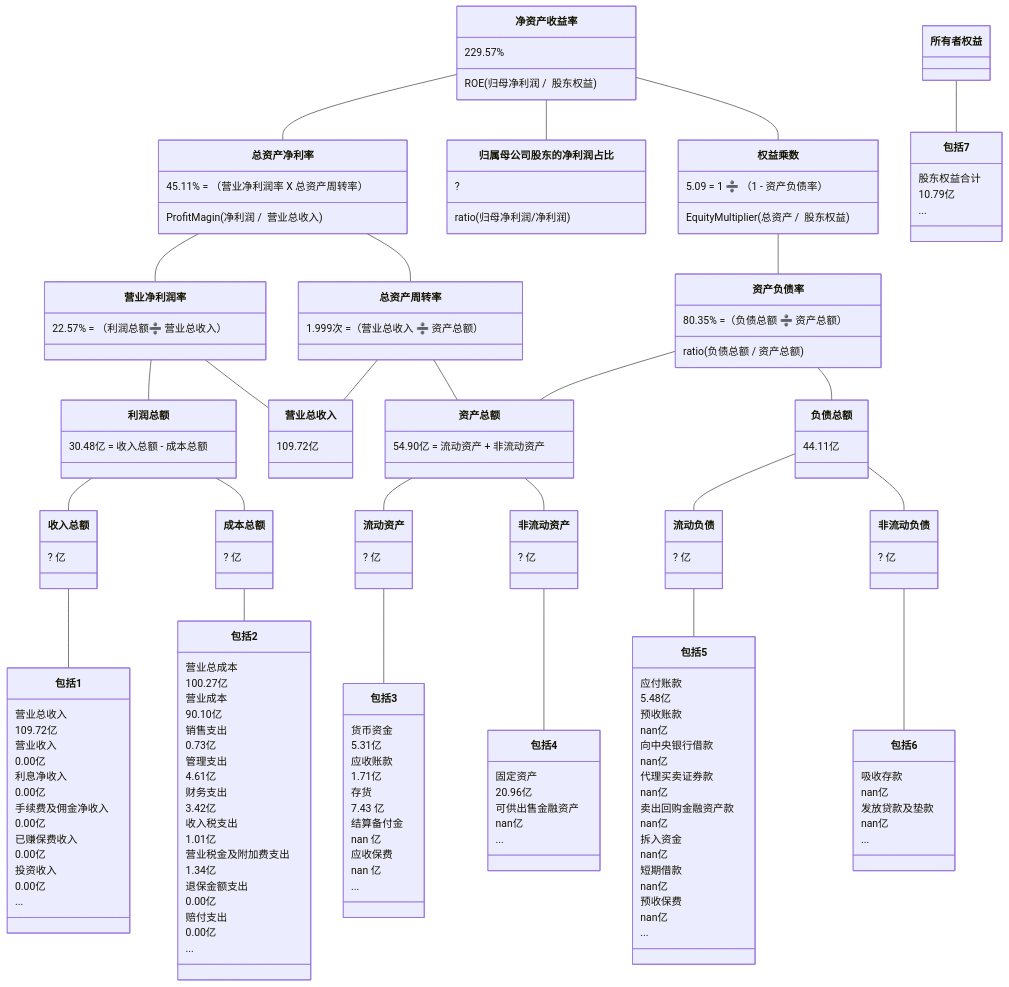
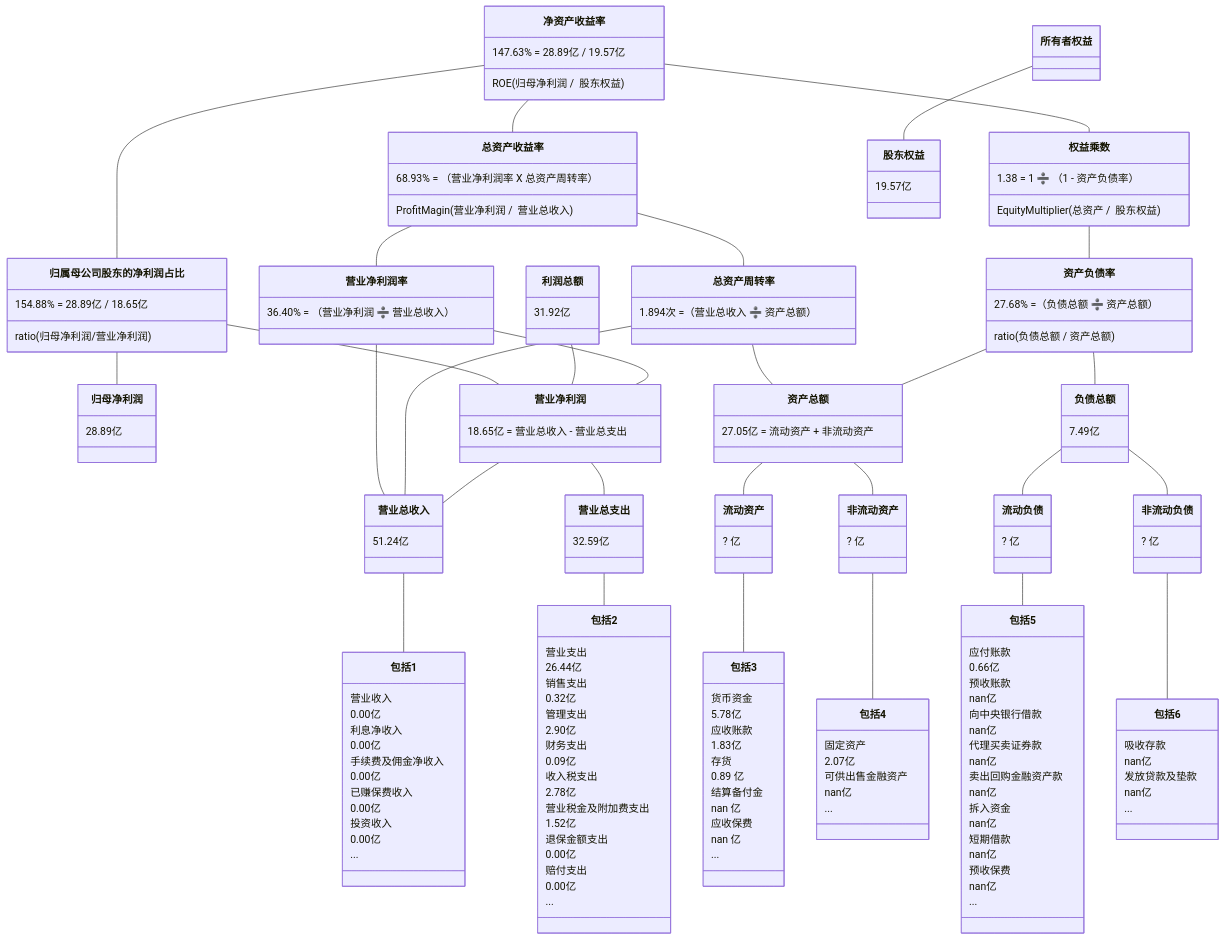
One commit to TheVeryDarkness/cs410 changed the second of 10 diagrams in 2/2.md. Above: the diagram before and after it, drawn with Mermaid. The commit also changed other lines of this file and 262 other files, not shown here.

````diff
--- a/2/2.md
+++ b/2/2.md
@@ -135,53 +167,55 @@
 ```mermaid
 classDiagram
-净资产收益率 -- 总资产净利率
-    净资产收益率 : 229.57%
+净资产收益率 -- 总资产收益率
+    净资产收益率 : 147.63% = 28.89亿 / 19.57亿
     净资产收益率 : ROE(归母净利润 /  股东权益)
-    总资产净利率 : 45.11% = （营业净利润率 X 总资产周转率）
-    总资产净利率 : ProfitMagin(净利润 /  营业总收入)
+    总资产收益率 : 68.93% = （营业净利润率 X 总资产周转率）
+    总资产收益率 : ProfitMagin(营业净利润 /  营业总收入)
 净资产收益率 -- 归属母公司股东的净利润占比
-	归属母公司股东的净利润占比 : ?
-	归属母公司股东的净利润占比 : ratio(归母净利润/净利润)
+	  归属母公司股东的净利润占比 : 154.88% = 28.89亿 / 18.65亿
+	  归属母公司股东的净利润占比 : ratio(归母净利润/营业净利润)
+归属母公司股东的净利润占比 -- 归母净利润
+    归母净利润 : 28.89亿
+归属母公司股东的净利润占比 -- 营业净利润
+利润总额 : 31.92亿
+利润总额 -- 营业净利润
 净资产收益率 -- 权益乘数
-    权益乘数 : 5.09 = 1 ➗ （1 - 资产负债率）
+    权益乘数 : 1.38 = 1 ➗ （1 - 资产负债率）
     权益乘数 : EquityMultiplier(总资产 /  股东权益)
-    
-总资产净利率 -- 营业净利润率
-    营业净利润率 : 22.57% = （利润总额➗ 营业总收入）
-总资产净利率 -- 总资产周转率
-    总资产周转率 : 1.999次 =（营业总收入 ➗ 资产总额）
+
+总资产收益率 -- 营业净利润率
+    营业净利润率 : 36.40% = （营业净利润 ➗ 营业总收入）
+总资产收益率 -- 总资产周转率
+    总资产周转率 : 1.894次 =（营业总收入 ➗ 资产总额）
 权益乘数 -- 资产负债率
-    资产负债率  : 80.35% =（负债总额 ➗ 资产总额）
+    资产负债率  : 27.68% =（负债总额 ➗ 资产总额）
     资产负债率  : ratio(负债总额 / 资产总额)
 
-营业净利润率 -- 利润总额
-   利润总额 : 30.48亿 = 收入总额 - 成本总额
+营业净利润率 -- 营业净利润
+    营业净利润 : 18.65亿 = 营业总收入 - 营业总支出
 营业净利润率 -- 营业总收入
-    营业总收入 : 109.72亿
 总资产周转率 -- 营业总收入
 总资产周转率 -- 资产总额
-    资产总额 : 54.90亿 = 流动资产 + 非流动资产
-资产负债率 -- 　负债总额
-    负债总额 : 44.11亿
-资产负债率 -- 　资产总额
+    资产总额 : 27.05亿 = 流动资产 + 非流动资产
+资产负债率 -- 负债总额
+    负债总额 : 7.49亿
+资产负债率 -- 资产总额
 
 
-利润总额 -- 收入总额
-    收入总额 : ? 亿
-利润总额 -- 成本总额
-    成本总额 : ? 亿
+营业净利润 -- 营业总收入
+    营业总收入 : 51.24亿
+营业净利润 -- 营业总支出
+    营业总支出 : 32.59亿
 资产总额 -- 流动资产
-	流动资产 : ? 亿
+	  流动资产 : ? 亿
 资产总额 -- 非流动资产
-	非流动资产 : ? 亿
+	  非流动资产 : ? 亿
 负债总额 -- 流动负债
-	流动负债 : ? 亿
+	  流动负债 : ? 亿
 负债总额 -- 非流动负债
-	非流动负债 : ? 亿
+	  非流动负债 : ? 亿
 
-收入总额 -- 包括1
-    包括1 : 营业总收入
-    包括1 : 109.72亿
+营业总收入 -- 包括1
     包括1 : 营业收入
     包括1 : 0.00亿
     包括1 : 利息净收入
@@ -193,21 +227,19 @@
     包括1 : 投资收入
     包括1 : 0.00亿
     包括1 : ...
-成本总额 -- 包括2
-    包括2 : 营业总成本
-    包括2 : 100.27亿
-    包括2 : 营业成本
-    包括2 : 90.10亿
+营业总支出 -- 包括2
+    包括2 : 营业支出
+    包括2 : 26.44亿
     包括2 : 销售支出
-    包括2 : 0.73亿
+    包括2 : 0.32亿
     包括2 : 管理支出
-    包括2 : 4.61亿
+    包括2 : 2.90亿
     包括2 : 财务支出
-    包括2 : 3.42亿
+    包括2 : 0.09亿
     包括2 : 收入税支出
-    包括2 : 1.01亿
+    包括2 : 2.78亿
     包括2 : 营业税金及附加费支出
-    包括2 : 1.34亿
+    包括2 : 1.52亿
     包括2 : 退保金额支出
     包括2 : 0.00亿
     包括2 : 赔付支出
@@ -215,11 +247,11 @@
     包括2 : ...
 流动资产 -- 包括3
     包括3 : 货币资金
-    包括3 : 5.31亿
+    包括3 : 5.78亿
     包括3 : 应收账款
-    包括3 : 1.71亿
+    包括3 : 1.83亿
     包括3 : 存货
-    包括3 : 7.43 亿
+    包括3 : 0.89 亿
     包括3 : 结算备付金
     包括3 : nan 亿
     包括3 : 应收保费
@@ -227,13 +259,13 @@
     包括3 : ...
 非流动资产 -- 包括4
     包括4 : 固定资产
-    包括4 : 20.96亿
+    包括4 : 2.07亿
     包括4 : 可供出售金融资产
     包括4 : nan亿
     包括4 : ...
 流动负债 -- 包括5
     包括5 : 应付账款
-    包括5 : 5.48亿
+    包括5 : 0.66亿
     包括5 : 预收账款
     包括5 : nan亿
     包括5 : 向中央银行借款
@@ -255,8 +287,6 @@
     包括6 : 发放贷款及垫款
     包括6 : nan亿
     包括6 : ...
-所有者权益 -- 包括7
-    包括7 : 股东权益合计
-    包括7 : 10.79亿
-    包括7 : ...
+所有者权益 -- 股东权益
+    股东权益 : 19.57亿
 ```
````
